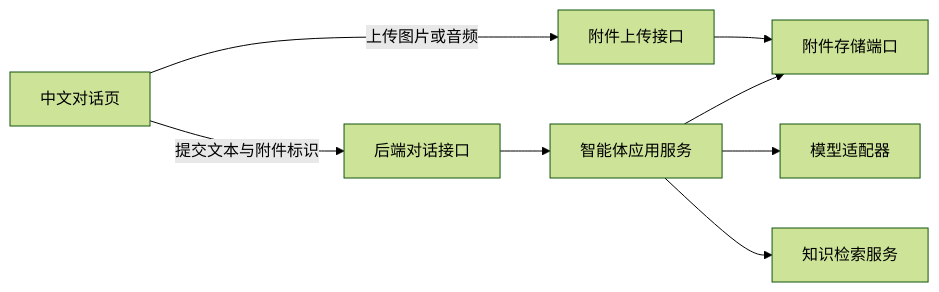
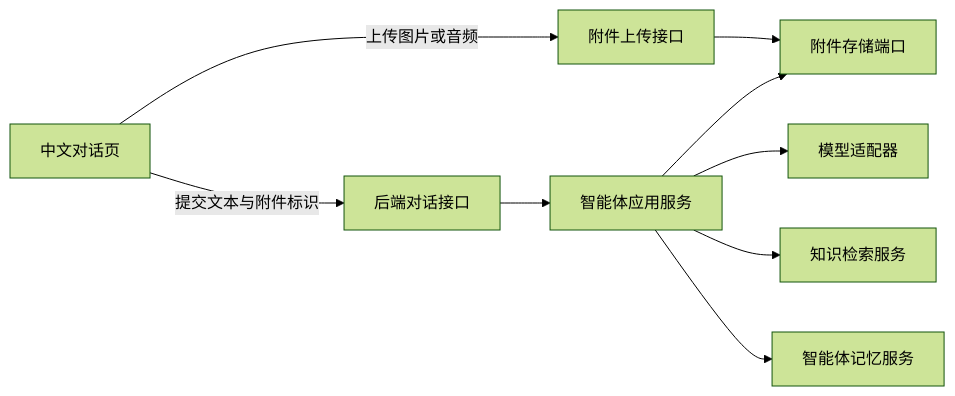
One commit to yiting001/agent changed the third of 3 diagrams in docs/modules/agent-eyoucms-page.md. Above: the diagram before and after it, drawn with Mermaid (forest theme). The commit also changed other lines of this file and 44 other files, not shown here.

Commit message:
feat: add agent short and long term memory

````diff
--- a/docs/modules/agent-eyoucms-page.md
+++ b/docs/modules/agent-eyoucms-page.md
@@ -210,18 +215,20 @@
 ```mermaid
 flowchart LR
   Page[中文对话页]
   AttachmentAPI[附件上传接口]
   ChatAPI[后端对话接口]
   Agent[智能体应用服务]
   Storage[附件存储端口]
   Model[模型适配器]
   Knowledge[知识检索服务]
+  Memory[智能体记忆服务]
 
   Page -->|上传图片或音频| AttachmentAPI
   AttachmentAPI --> Storage
   Page -->|提交文本与附件标识| ChatAPI
   ChatAPI --> Agent
   Agent --> Storage
   Agent --> Model
   Agent --> Knowledge
+  Agent --> Memory
 ```
````
